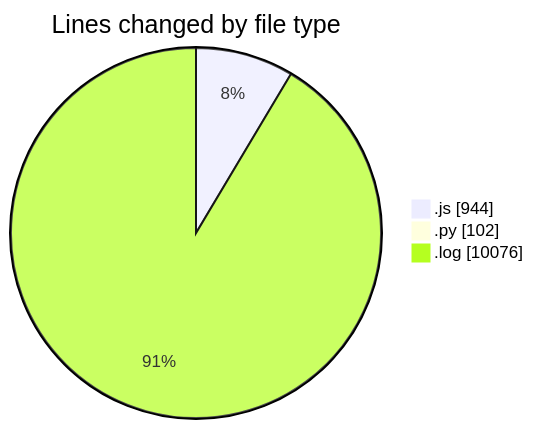
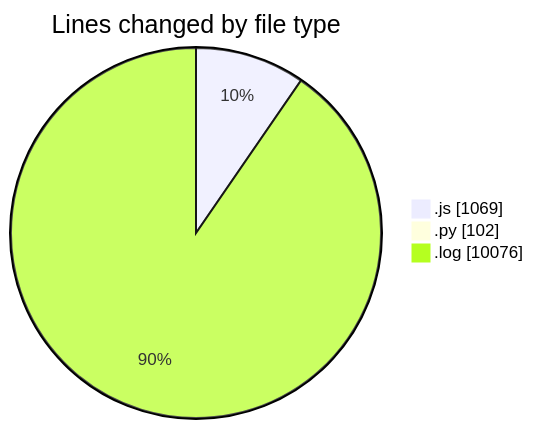
The first of 2 diagrams in 2025-04-14/nxtqube_webapp/README.md (nxtqubesakshisongat/code-tracking), drawn with Mermaid before and after one commit. The commit also changed other lines of this file and 1 other file, not shown here.

````diff
--- a/2025-04-14/nxtqube_webapp/README.md
+++ b/2025-04-14/nxtqube_webapp/README.md
@@ -24,7 +25,7 @@
 ```mermaid
 pie showData
 title Lines changed by file type
-".js" : 944
+".js" : 1069
 ".py" : 102
 ".log" : 10076
 ```
````
